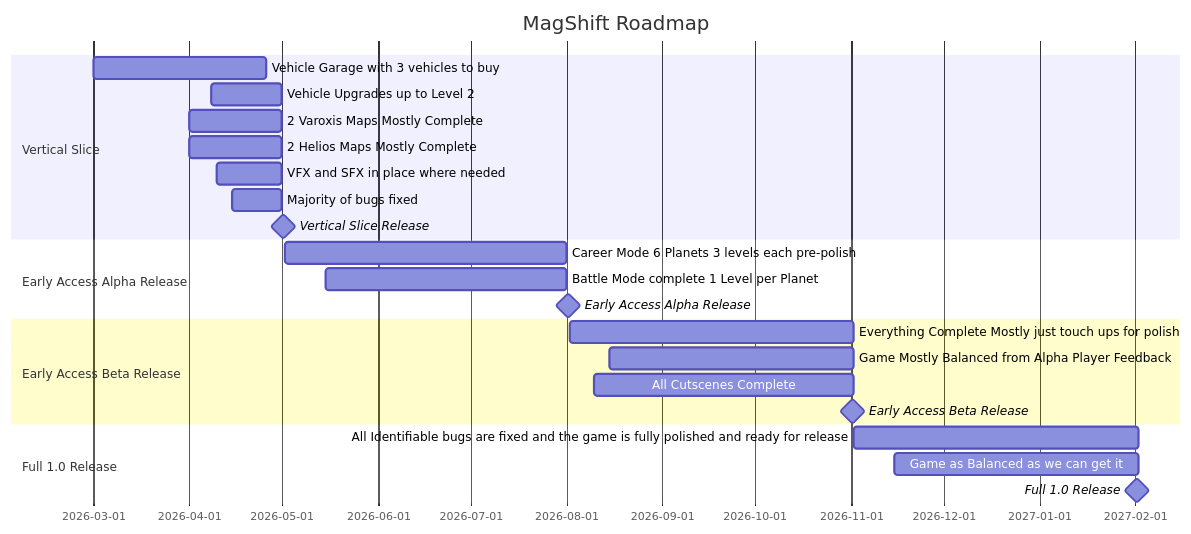
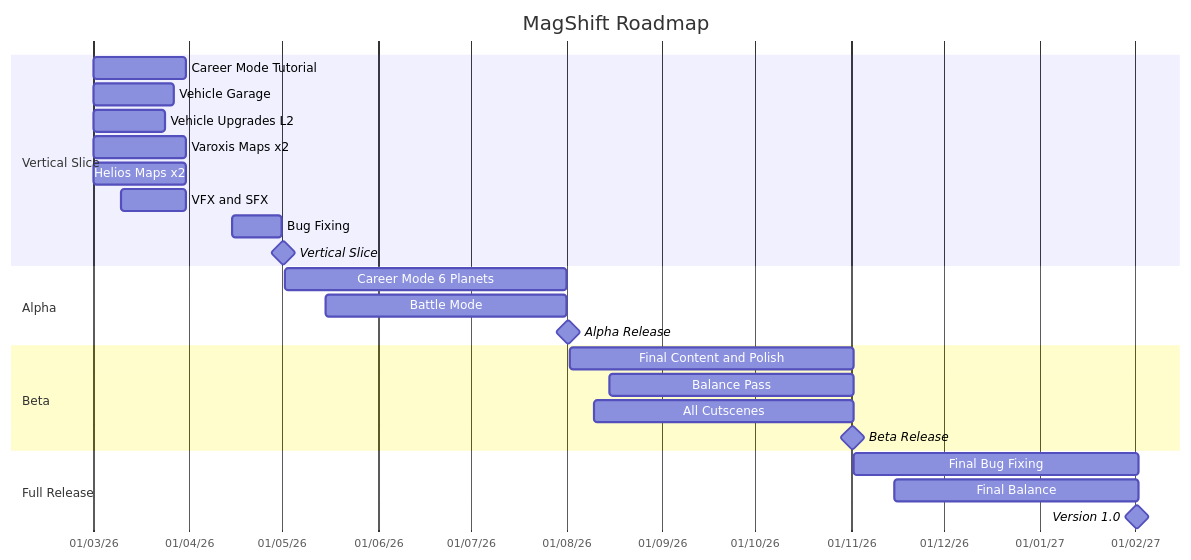
The diagram in Goals2.md (MisahSnow/MagShift-Obsidian), drawn with Mermaid before and after one commit. The commit also changed 1 other file, not shown here.

Commit message:
DESKTOP-5RS7517 2026-3-31:3:32:55

````diff
--- a/Goals2.md
+++ b/Goals2.md
@@ -1,32 +3,32 @@
 ```mermaid
 gantt
     title MagShift Roadmap
-    dateFormat YY-MM-DD
-    axisFormat %Y-%m-%d
+    dateFormat YYYY-MM-DD
+    axisFormat %d/%m/%y
 
     section Vertical Slice
+    Career Mode Tutorial :a1, 2026-03-01, 30d
+    Vehicle Garage :a2, 2026-03-01, 26d
+    Vehicle Upgrades L2 :a3, 2026-03-01, 23d
+    Varoxis Maps x2 :a4, 2026-03-01, 30d
+    Helios Maps x2 :a5, 2026-03-01, 30d
+    VFX and SFX :a6, 2026-03-10, 21d
+    Bug Fixing :a7, 2026-04-15, 16d
+    Vertical Slice :milestone, m1, 2026-05-01, 1d
 
-    Vehicle Garage with 3 vehicles to buy :vs2, 26-03-01, 56d
-    Vehicle Upgrades up to Level 2 :vs3, 26-04-08, 23d
-    2 Varoxis Maps Mostly Complete :vs4, 26-04-01, 30d
-    2 Helios Maps Mostly Complete :vs5, 26-04-01, 30d
-    VFX and SFX in place where needed :vs6, 26-04-10, 21d
-    Majority of bugs fixed :vs7, 26-04-15, 16d
-    Vertical Slice Release :milestone, vsr, 26-05-01, 1d
+    section Alpha
+    Career Mode 6 Planets :b1, 2026-05-02, 91d
+    Battle Mode :b2, 2026-05-15, 78d
+    Alpha Release :milestone, m2, 2026-08-01, 1d
 
-    section Early Access Alpha Release
-    Career Mode 6 Planets 3 levels each pre-polish :ea1, 26-05-02, 91d
-    Battle Mode complete 1 Level per Planet :ea2, 26-05-15, 78d
-    Early Access Alpha Release :milestone, ear, 26-08-01, 1d
+    section Beta
+    Final Content and Polish :c1, 2026-08-02, 92d
+    Balance Pass :c2, 2026-08-15, 79d
+    All Cutscenes :c3, 2026-08-10, 84d
+    Beta Release :milestone, m3, 2026-11-01, 1d
 
-    section Early Access Beta Release
-    Everything Complete Mostly just touch ups for polish :eb1, 26-08-02, 92d
-    Game Mostly Balanced from Alpha Player Feedback :eb2, 26-08-15, 79d
-    All Cutscenes Complete :eb3, 26-08-10, 84d
-    Early Access Beta Release :milestone, ebr, 26-11-01, 1d
-
-    section Full 1.0 Release
-    All Identifiable bugs are fixed and the game is fully polished and ready for release :fr1, 2026-11-02, 92d
-    Game as Balanced as we can get it :fr2, 26-11-15, 79d
-    Full 1.0 Release :milestone, frr, 27-02-01, 1d
+    section Full Release
+    Final Bug Fixing :d1, 2026-11-02, 92d
+    Final Balance :d2, 2026-11-15, 79d
+    Version 1.0 :milestone, m4, 2027-02-01, 1d
 ```
````
